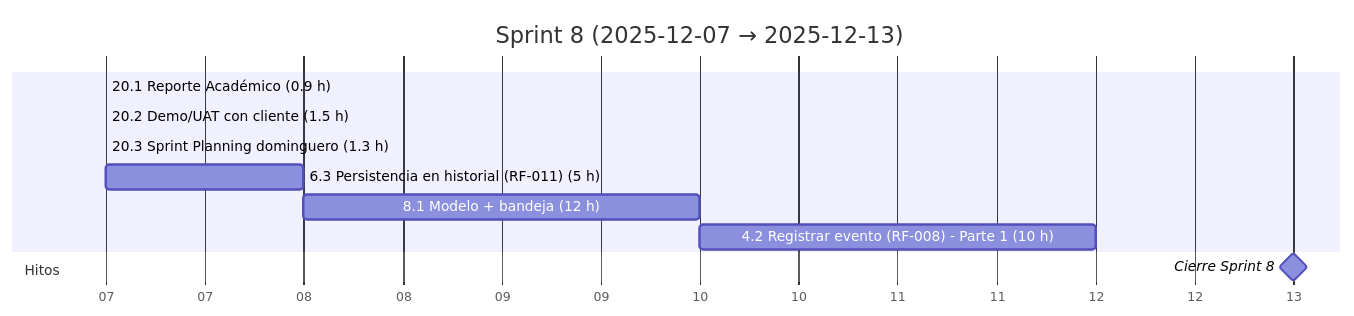
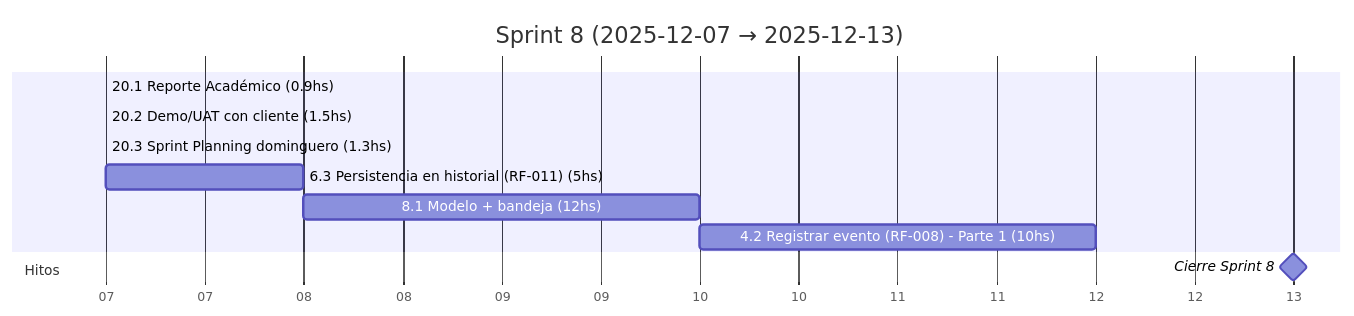
Before and after one commit to MarkMed/FleetMan: the ninth of 17 diagrams in docs/SprintsGantts.md, drawn with Mermaid. The commit also changed other lines of this file, not shown here.

Commit message:
Update Gantt chart documentation to standardize time format from hours to hours (hs)

````diff
--- a/docs/SprintsGantts.md
+++ b/docs/SprintsGantts.md
@@ -223,18 +222,18 @@
 ```mermaid
 gantt
   title Sprint 8 (2025-12-07 → 2025-12-13)
   dateFormat  YYYY-MM-DD
   axisFormat  %d
 
   %% Asumimos 5 h/día. Horas estimadas incluidas en el nombre.
 
-  20.1 Reporte Académico (0.9 h)               :t201, 2025-12-07, 0.2d
-  20.2 Demo/UAT con cliente (1.5 h)            :t202, after t201, 0.3d
-  20.3 Sprint Planning dominguero (1.3 h)      :t203, after t202, 0.3d
-  6.3 Persistencia en historial (RF-011) (5 h) :t63, after t203, 1d
-  8.1 Modelo + bandeja (12 h)                  :t81, after t63, 2.4d
-  4.2 Registrar evento (RF-008) - Parte 1 (10 h) :t421, after t81, 2d
+  20.1 Reporte Académico (0.9hs)               :t201, 2025-12-07, 0.2d
+  20.2 Demo/UAT con cliente (1.5hs)            :t202, after t201, 0.3d
+  20.3 Sprint Planning dominguero (1.3hs)      :t203, after t202, 0.3d
+  6.3 Persistencia en historial (RF-011) (5hs) :t63, after t203, 1d
+  8.1 Modelo + bandeja (12hs)                  :t81, after t63, 2.4d
+  4.2 Registrar evento (RF-008) - Parte 1 (10hs) :t421, after t81, 2d
 
   section Hitos
   Cierre Sprint 8                              :milestone, s8, 2025-12-13, 0d
 ```
````
